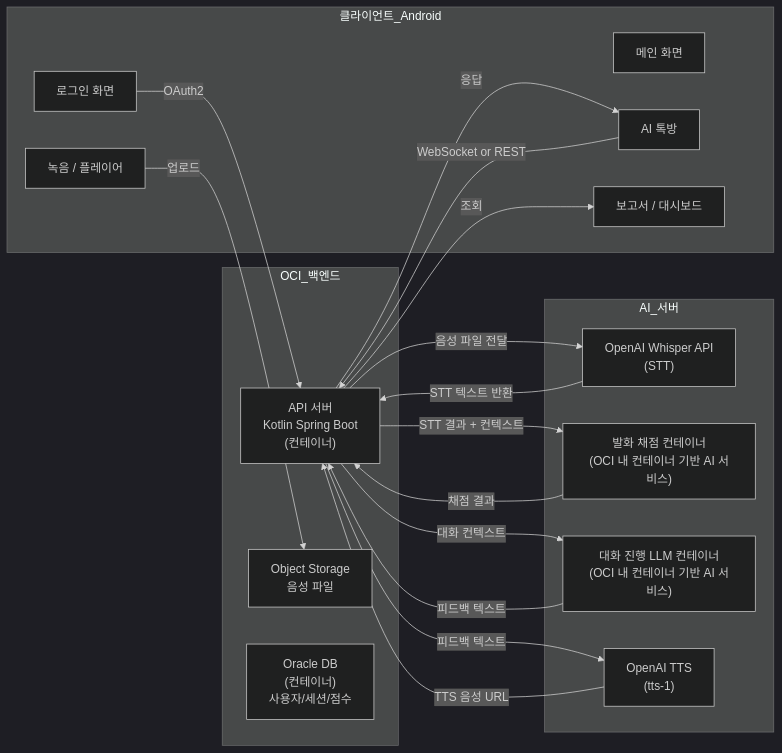
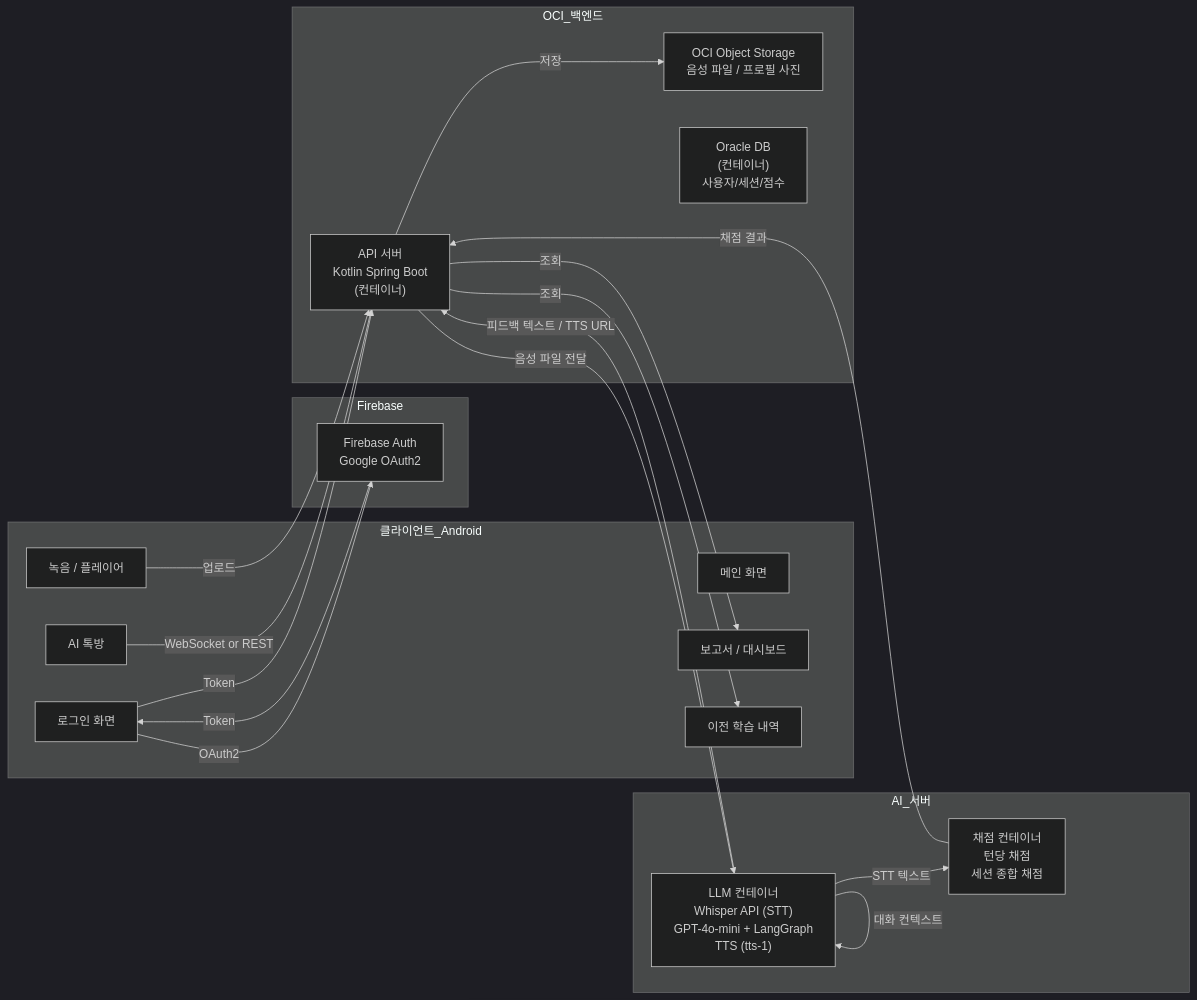
One commit to 2026SeSAC-Oracle-Team2/Documentations changed the first of 2 diagrams in 01_Software_Requirements_Specification.md. Above: the diagram before and after it, drawn with Mermaid (dark theme). The commit also changed other lines of this file and 7 other files, not shown here.

````diff
--- a/01_Software_Requirements_Specification.md
+++ b/01_Software_Requirements_Specification.md
@@ -27,37 +29,40 @@
 ```mermaid
 graph LR
     subgraph 클라이언트_Android
         A1[로그인 화면]
         A2[메인 화면]
         A3[AI 톡방]
         A4[녹음 / 플레이어]
         A5[보고서 / 대시보드]
+        A6[이전 학습 내역]
+    end
+
+    subgraph Firebase
+        F1[Firebase Auth<br/>Google OAuth2]
     end
 
     subgraph OCI_백엔드
         B1["API 서버<br/>Kotlin Spring Boot<br/>(컨테이너)"]
-        B2[Object Storage<br/>음성 파일]
+        B2[OCI Object Storage<br/>음성 파일 / 프로필 사진]
         B3["Oracle DB<br/>(컨테이너)<br/>사용자/세션/점수"]
     end
 
     subgraph AI_서버
-        C1["OpenAI Whisper API<br/>(STT)"]
-        C2["발화 채점 컨테이너<br/>(OCI 내 컨테이너 기반 AI 서비스)"]
-        C3["대화 진행 LLM 컨테이너<br/>(OCI 내 컨테이너 기반 AI 서비스)"]
-        C4["OpenAI TTS<br/>(tts-1)"]
+        C1["LLM 컨테이너<br/>Whisper API (STT)<br/>GPT-4o-mini + LangGraph<br/>TTS (tts-1)"]
+        C2["채점 컨테이너<br/>턴당 채점<br/>세션 종합 채점"]
     end
 
-    A1 -->|OAuth2| B1
+    A1 -->|OAuth2| F1
+    F1 -->|Token| A1
+    A1 -->|Token| B1
     A3 -->|WebSocket or REST| B1
-    A4 -->|업로드| B2
+    A4 -->|업로드| B1
+    B1 -->|저장| B2
     B1 -->|음성 파일 전달| C1
-    C1 -->|STT 텍스트 반환| B1
-    B1 -->|STT 결과 + 컨텍스트| C2
-    B1 -->|대화 컨텍스트| C3
+    C1 -->|STT 텍스트| C2
+    C1 -->|대화 컨텍스트| C1
     C2 -->|채점 결과| B1
-    C3 -->|피드백 텍스트| B1
-    B1 -->|피드백 텍스트| C4
-    C4 -->|TTS 음성 URL| B1
-    B1 -->|응답| A3
+    C1 -->|피드백 텍스트 / TTS URL| B1
     B1 -->|조회| A5
+    B1 -->|조회| A6
 ```
````
